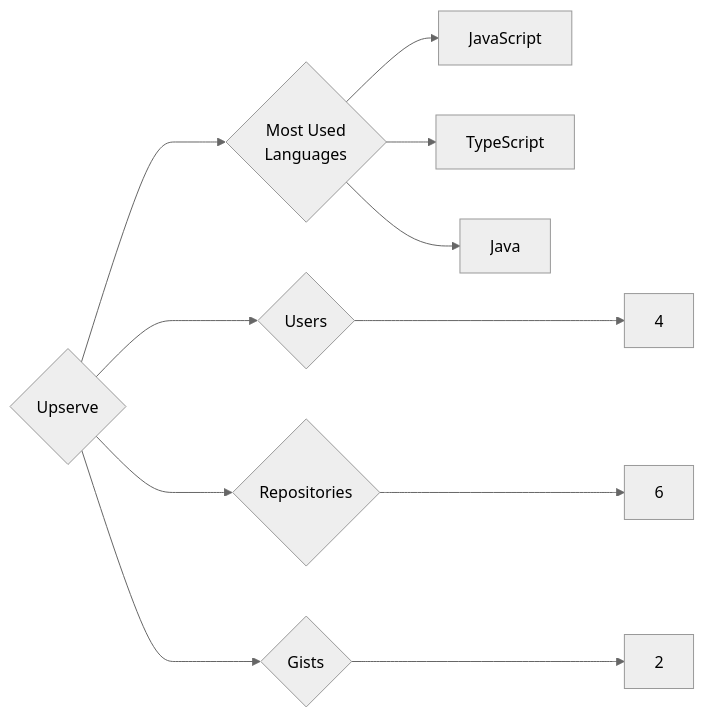
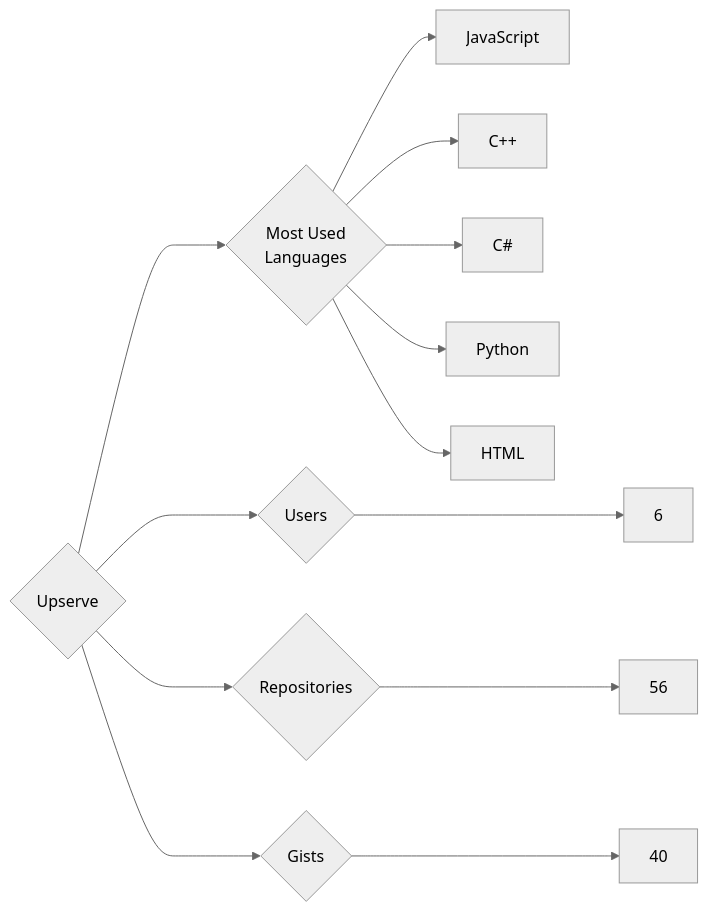
Before and after one commit to trickest/insiders: the diagram in targets/Upserve/README.md, drawn with Mermaid (neutral theme). The commit also changed 1011 other files, not shown here.

````diff
--- a/targets/Upserve/README.md
+++ b/targets/Upserve/README.md
@@ -3,11 +3,13 @@
 ```mermaid
 graph LR
 COMPANY_NAME{Upserve}
-COMPANY_NAME ---> U{Users} ---> UN[4]
-COMPANY_NAME ---> R{Repositories} ---> RN[6]
-COMPANY_NAME ---> G{Gists} ---> GN[2]
+COMPANY_NAME ---> U{Users} ---> UN[6]
+COMPANY_NAME ---> R{Repositories} ---> RN[56]
+COMPANY_NAME ---> G{Gists} ---> GN[40]
 COMPANY_NAME ---> ML{Most Used<br>Languages}
 ML --> JavaScript[JavaScript]
-ML --> TypeScript[TypeScript]
-ML --> Java[Java]
+ML --> C++[C++]
+ML --> C#[C#]
+ML --> Python[Python]
+ML --> HTML[HTML]
 ```
````
